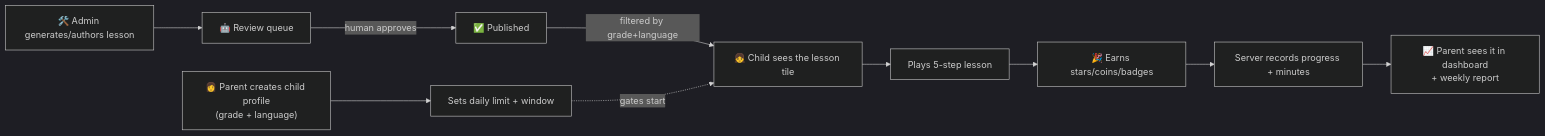
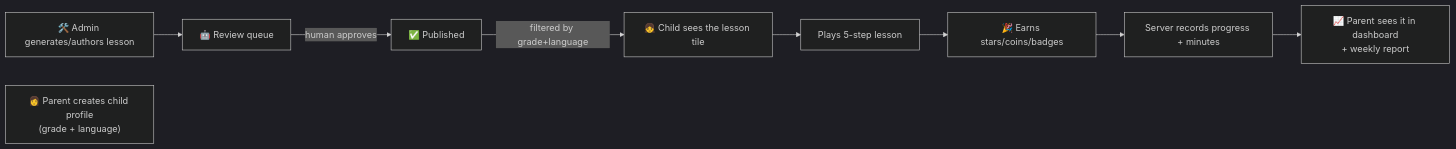
Diagram 26 of 26 in document/user-journey-manual.md (salmanbd100/kidlearn), drawn with Mermaid (dark theme) before and after one commit. The commit also changed other lines of this file and 7 other files, not shown here.

````diff
--- a/document/user-journey-manual.md
+++ b/document/user-journey-manual.md
@@ -704,12 +667,11 @@
 ```mermaid
 flowchart LR
     A1["🛠️ Admin generates/authors lesson"] --> A2["🤖 Review queue"]
     A2 -->|human approves| A3["✅ Published"]
-    P1["👩 Parent creates child profile<br/>(grade + language)"] --> P2["Sets daily limit + window"]
+    P1["👩 Parent creates child profile<br/>(grade + language)"]
     A3 -->|filtered by grade+language| C1["👧 Child sees the lesson tile"]
-    P2 -.gates start.-> C1
     C1 --> C2["Plays 5-step lesson"]
     C2 --> C3["🎉 Earns stars/coins/badges"]
     C3 --> S1["Server records progress + minutes"]
     S1 --> R1["📈 Parent sees it in dashboard<br/>+ weekly report"]
 ```
````
